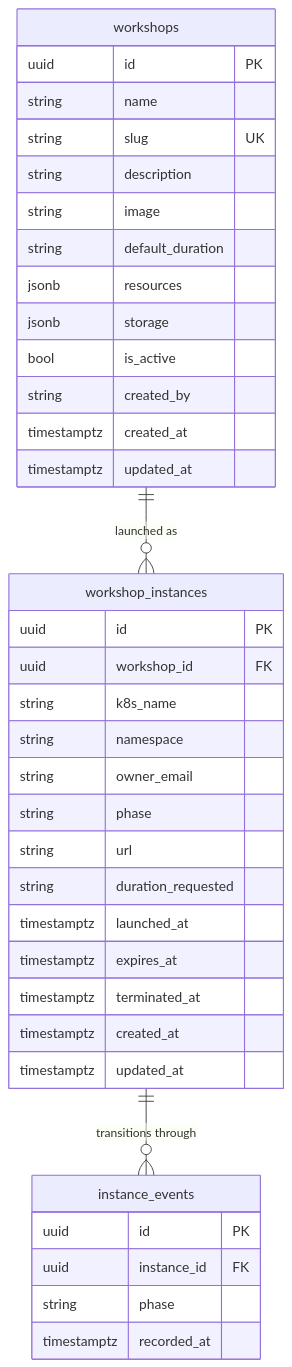
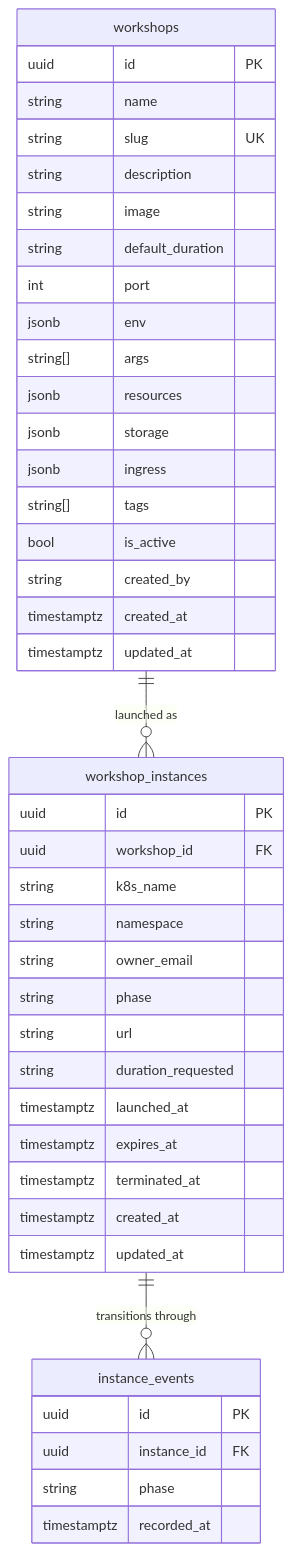
Before and after one commit to orchestraplatform/orchestraplatform: the diagram in docs/src/content/docs/docs/architecture/data-model.md, drawn with Mermaid. The commit also changed other lines of this file and 10 other files, not shown here.

````diff
--- a/docs/src/content/docs/docs/architecture/data-model.md
+++ b/docs/src/content/docs/docs/architecture/data-model.md
@@ -12,43 +12,48 @@
 ```mermaid
 erDiagram
     workshops {
         uuid id PK
         string name
         string slug UK
         string description
         string image
         string default_duration
+        int port
+        jsonb env
+        string[] args
         jsonb resources
         jsonb storage
+        jsonb ingress
+        string[] tags
         bool is_active
         string created_by
         timestamptz created_at
         timestamptz updated_at
     }
 
     workshop_instances {
         uuid id PK
         uuid workshop_id FK
         string k8s_name
         string namespace
         string owner_email
         string phase
         string url
         string duration_requested
         timestamptz launched_at
         timestamptz expires_at
         timestamptz terminated_at
         timestamptz created_at
         timestamptz updated_at
     }
 
     instance_events {
         uuid id PK
         uuid instance_id FK
         string phase
         timestamptz recorded_at
     }
 
     workshops ||--o{ workshop_instances : "launched as"
     workshop_instances ||--o{ instance_events : "transitions through"
 ```
````
